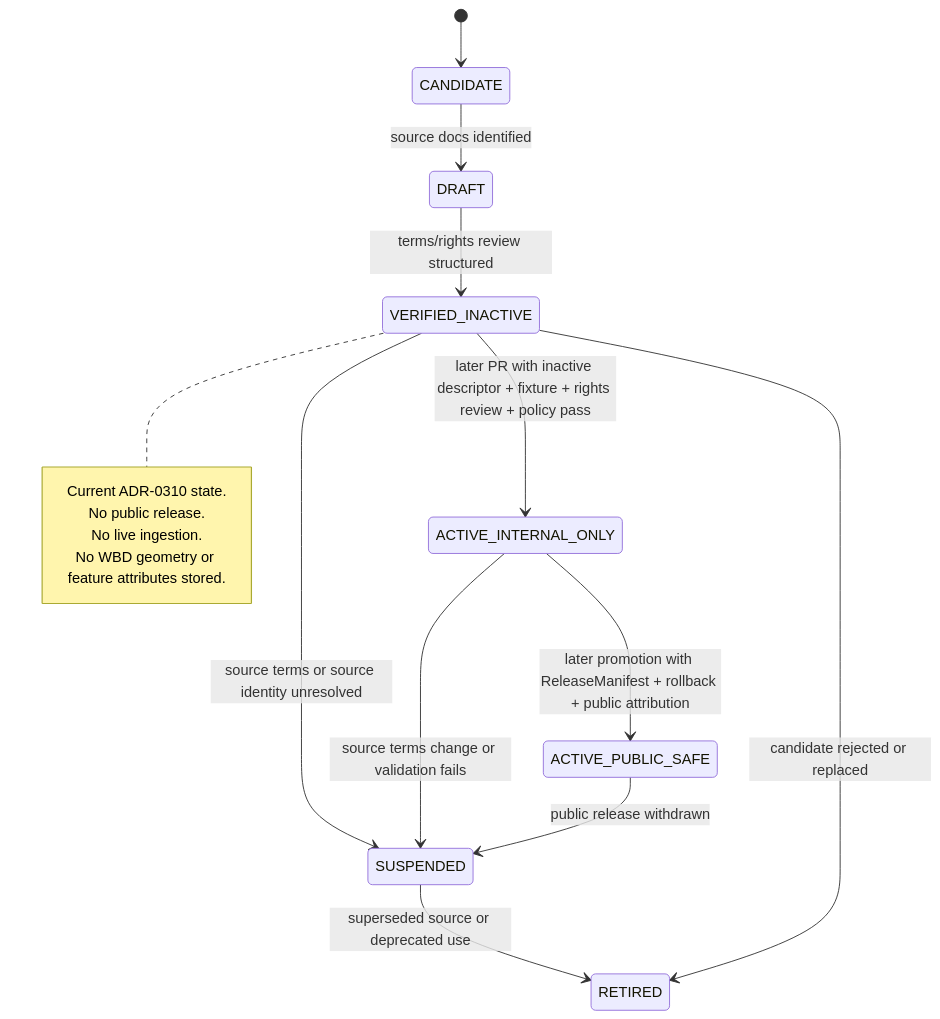
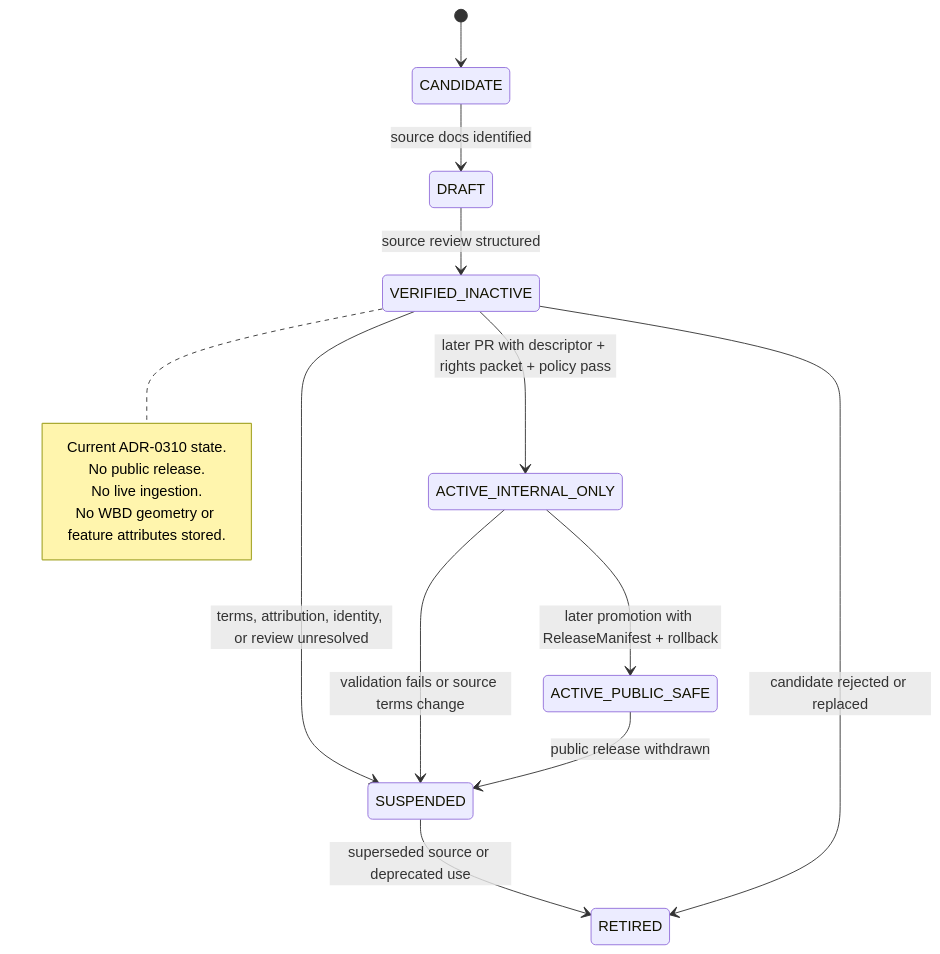
Before and after one commit to bartytime4life/Kansas-Frontier-Matrix: the diagram in docs/adr/ADR-0310-hydrology-wbd-terms-rights-review.md, drawn with Mermaid. The commit also changed other lines of this file, not shown here.

````diff
--- a/docs/adr/ADR-0310-hydrology-wbd-terms-rights-review.md
+++ b/docs/adr/ADR-0310-hydrology-wbd-terms-rights-review.md
@@ -255,20 +330,20 @@
 ```mermaid
 stateDiagram-v2
   [*] --> CANDIDATE
   CANDIDATE --> DRAFT: source docs identified
-  DRAFT --> VERIFIED_INACTIVE: terms/rights review structured
-  VERIFIED_INACTIVE --> ACTIVE_INTERNAL_ONLY: later PR with inactive descriptor + fixture + rights review + policy pass
-  ACTIVE_INTERNAL_ONLY --> ACTIVE_PUBLIC_SAFE: later promotion with ReleaseManifest + rollback + public attribution
-  VERIFIED_INACTIVE --> SUSPENDED: source terms or source identity unresolved
-  ACTIVE_INTERNAL_ONLY --> SUSPENDED: source terms change or validation fails
+  DRAFT --> VERIFIED_INACTIVE: source review structured
+  VERIFIED_INACTIVE --> ACTIVE_INTERNAL_ONLY: later PR with descriptor + rights packet + policy pass
+  ACTIVE_INTERNAL_ONLY --> ACTIVE_PUBLIC_SAFE: later promotion with ReleaseManifest + rollback
+  VERIFIED_INACTIVE --> SUSPENDED: terms, attribution, identity, or review unresolved
+  ACTIVE_INTERNAL_ONLY --> SUSPENDED: validation fails or source terms change
   ACTIVE_PUBLIC_SAFE --> SUSPENDED: public release withdrawn
   SUSPENDED --> RETIRED: superseded source or deprecated use
   VERIFIED_INACTIVE --> RETIRED: candidate rejected or replaced
 
   note right of VERIFIED_INACTIVE
     Current ADR-0310 state.
     No public release.
     No live ingestion.
     No WBD geometry or feature attributes stored.
   end note
 ```
````
